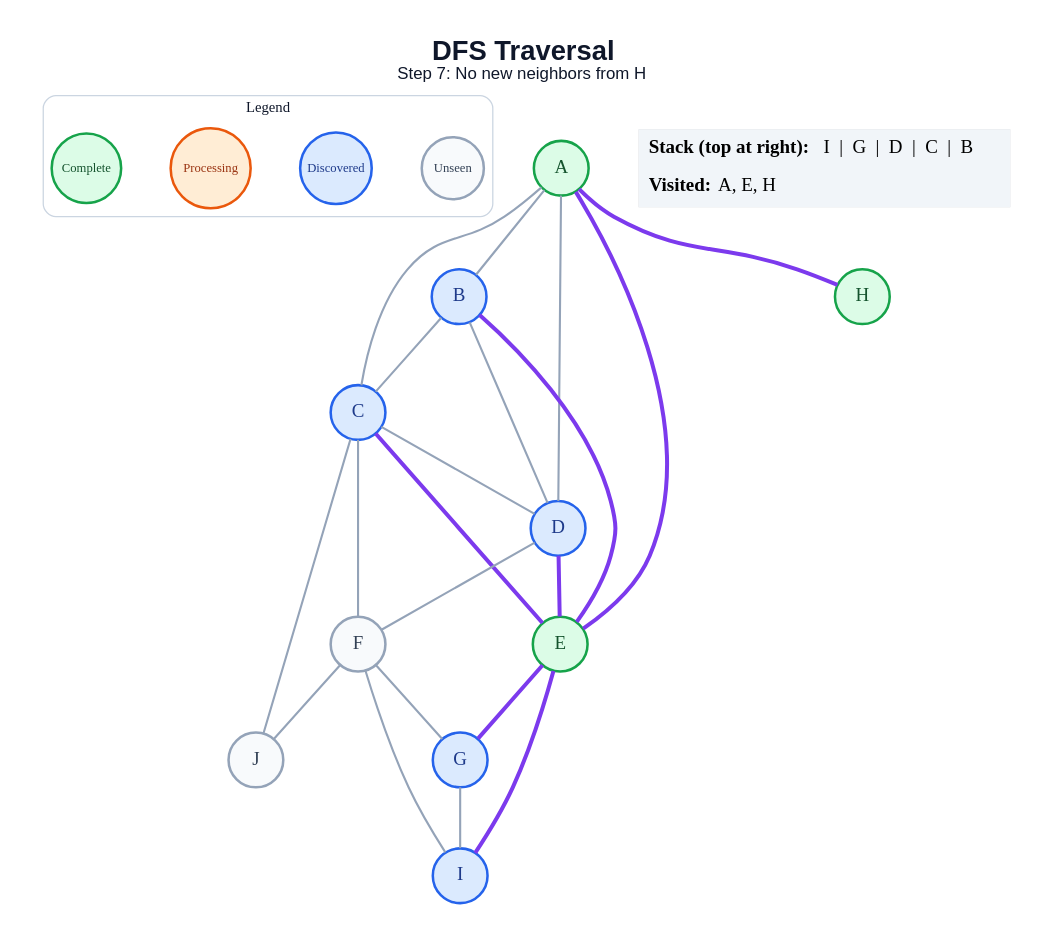
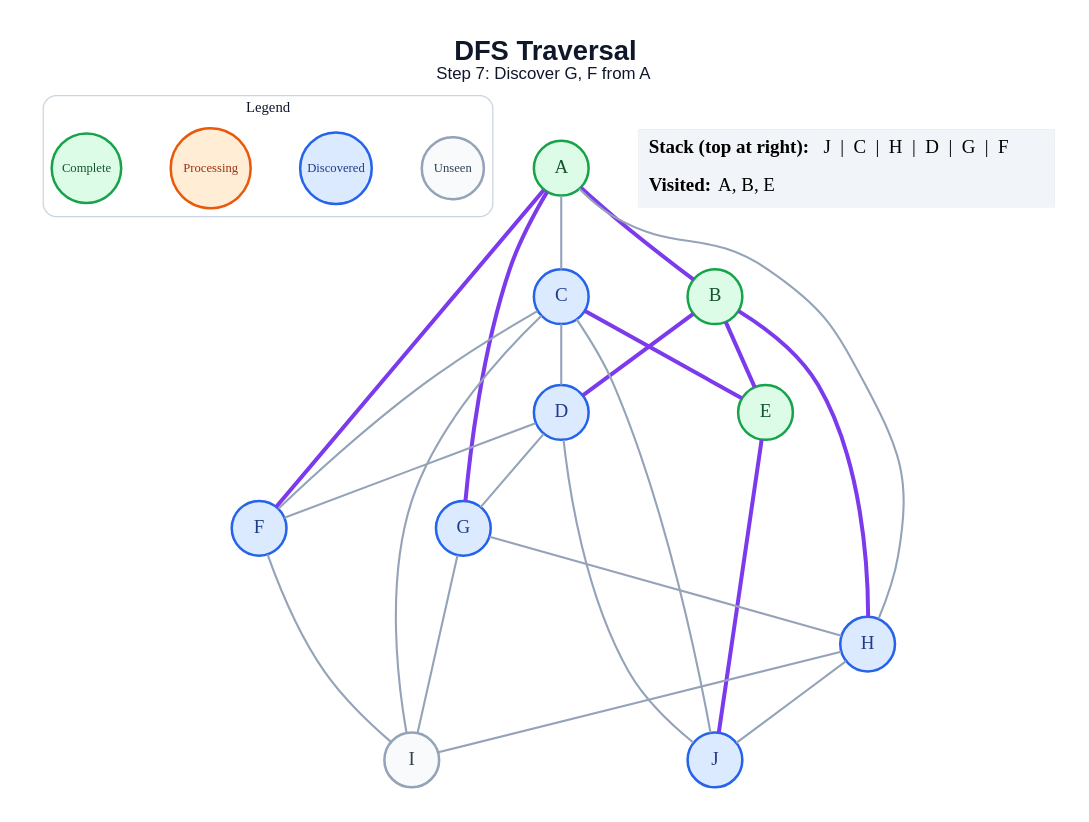
The diagram in generated/specific-node/dfs/step_07.dot (amanghodawala9/ai-slop), drawn with Graphviz before and after one commit. The commit also changed 178 other files, not shown here.

```diff
--- a/generated/specific-node/dfs/step_07.dot
+++ b/generated/specific-node/dfs/step_07.dot
@@ -1,49 +1,51 @@
 graph traversal {
   graph [layout=dot, rankdir=TB, bgcolor="#FFFFFF", pad="0.35", nodesep="0.65", ranksep="0.8", fontname="Arial"];
   node [shape=circle, style="filled", fontname="Arial Bold", fontsize=18, width=0.72, fixedsize=true, penwidth=2.4];
   edge [color="#94A3B8", penwidth=2.0];
-  label=<<B>DFS Traversal</B><BR/><FONT POINT-SIZE="16">Step 7: No new neighbors from H</FONT>>; labelloc="t"; fontsize=26; fontname="Arial"; fontcolor="#0F172A";
+  label=<<B>DFS Traversal</B><BR/><FONT POINT-SIZE="16">Step 7: Discover G, F from A</FONT>>; labelloc="t"; fontsize=26; fontname="Arial"; fontcolor="#0F172A";
   subgraph cluster_legend { label="Legend"; color="#CBD5E1"; penwidth=1.2; style="rounded"; fontsize=14; fontname="Arial Bold";
     key_unseen [label="Unseen", fillcolor="#F8FAFC", color="#94A3B8", fontcolor="#334155", fontsize=12, width=0.82];
     key_frontier [label="Discovered", fillcolor="#DBEAFE", color="#2563EB", fontcolor="#1E3A8A", fontsize=12, width=0.95];
     key_current [label="Processing", fillcolor="#FFEDD5", color="#EA580C", fontcolor="#9A3412", fontsize=12, width=1.05];
     key_done [label="Complete", fillcolor="#DCFCE7", color="#16A34A", fontcolor="#14532D", fontsize=12, width=0.92];
     { rank=same; key_unseen; key_frontier; key_current; key_done; }
   }
   A [fillcolor="#DCFCE7", color="#16A34A", fontcolor="#14532D"];
-  B [fillcolor="#DBEAFE", color="#2563EB", fontcolor="#1E3A8A"];
+  B [fillcolor="#DCFCE7", color="#16A34A", fontcolor="#14532D"];
   C [fillcolor="#DBEAFE", color="#2563EB", fontcolor="#1E3A8A"];
   D [fillcolor="#DBEAFE", color="#2563EB", fontcolor="#1E3A8A"];
   E [fillcolor="#DCFCE7", color="#16A34A", fontcolor="#14532D"];
-  F [fillcolor="#F8FAFC", color="#94A3B8", fontcolor="#334155"];
+  F [fillcolor="#DBEAFE", color="#2563EB", fontcolor="#1E3A8A"];
   G [fillcolor="#DBEAFE", color="#2563EB", fontcolor="#1E3A8A"];
-  H [fillcolor="#DCFCE7", color="#16A34A", fontcolor="#14532D"];
-  I [fillcolor="#DBEAFE", color="#2563EB", fontcolor="#1E3A8A"];
-  J [fillcolor="#F8FAFC", color="#94A3B8", fontcolor="#334155"];
-  A -- B;
+  H [fillcolor="#DBEAFE", color="#2563EB", fontcolor="#1E3A8A"];
+  I [fillcolor="#F8FAFC", color="#94A3B8", fontcolor="#334155"];
+  J [fillcolor="#DBEAFE", color="#2563EB", fontcolor="#1E3A8A"];
+  A -- B [color="#7C3AED", penwidth=3.8];
   A -- C;
-  A -- D;
-  A -- E [color="#7C3AED", penwidth=3.8];
-  A -- H [color="#7C3AED", penwidth=3.8];
-  B -- C;
-  B -- D;
+  A -- F [color="#7C3AED", penwidth=3.8];
+  A -- G [color="#7C3AED", penwidth=3.8];
+  A -- H;
+  B -- D [color="#7C3AED", penwidth=3.8];
   B -- E [color="#7C3AED", penwidth=3.8];
+  B -- H [color="#7C3AED", penwidth=3.8];
   C -- D;
   C -- E [color="#7C3AED", penwidth=3.8];
   C -- F;
+  C -- I;
   C -- J;
-  D -- E [color="#7C3AED", penwidth=3.8];
   D -- F;
-  E -- G [color="#7C3AED", penwidth=3.8];
-  E -- I [color="#7C3AED", penwidth=3.8];
-  F -- G;
+  D -- G;
+  D -- J;
+  E -- J [color="#7C3AED", penwidth=3.8];
   F -- I;
-  F -- J;
+  G -- H;
   G -- I;
+  H -- I;
+  H -- J;
   status [shape=plain, fixedsize=false, width=0, height=0, margin=0, label=<
     <TABLE BORDER="0" CELLBORDER="0" CELLPADDING="7" BGCOLOR="#F1F5F9">
-      <TR><TD ALIGN="LEFT"><B>Stack (top at right):</B> I  |  G  |  D  |  C  |  B</TD></TR>
-      <TR><TD ALIGN="LEFT"><B>Visited:</B> A, E, H</TD></TR>
+      <TR><TD ALIGN="LEFT"><B>Stack (top at right):</B> J  |  C  |  H  |  D  |  G  |  F</TD></TR>
+      <TR><TD ALIGN="LEFT"><B>Visited:</B> A, B, E</TD></TR>
     </TABLE>
   >];
 }
```
